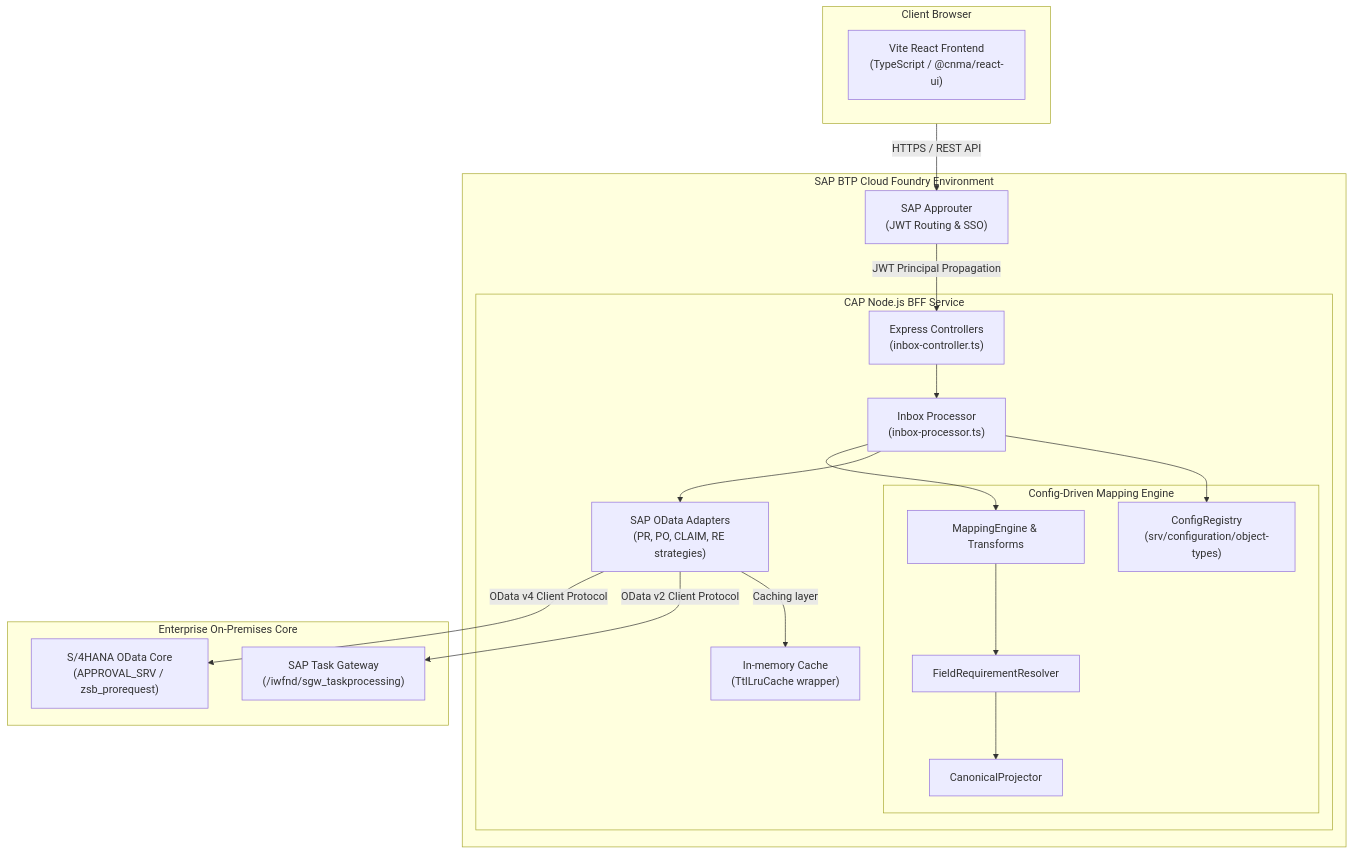
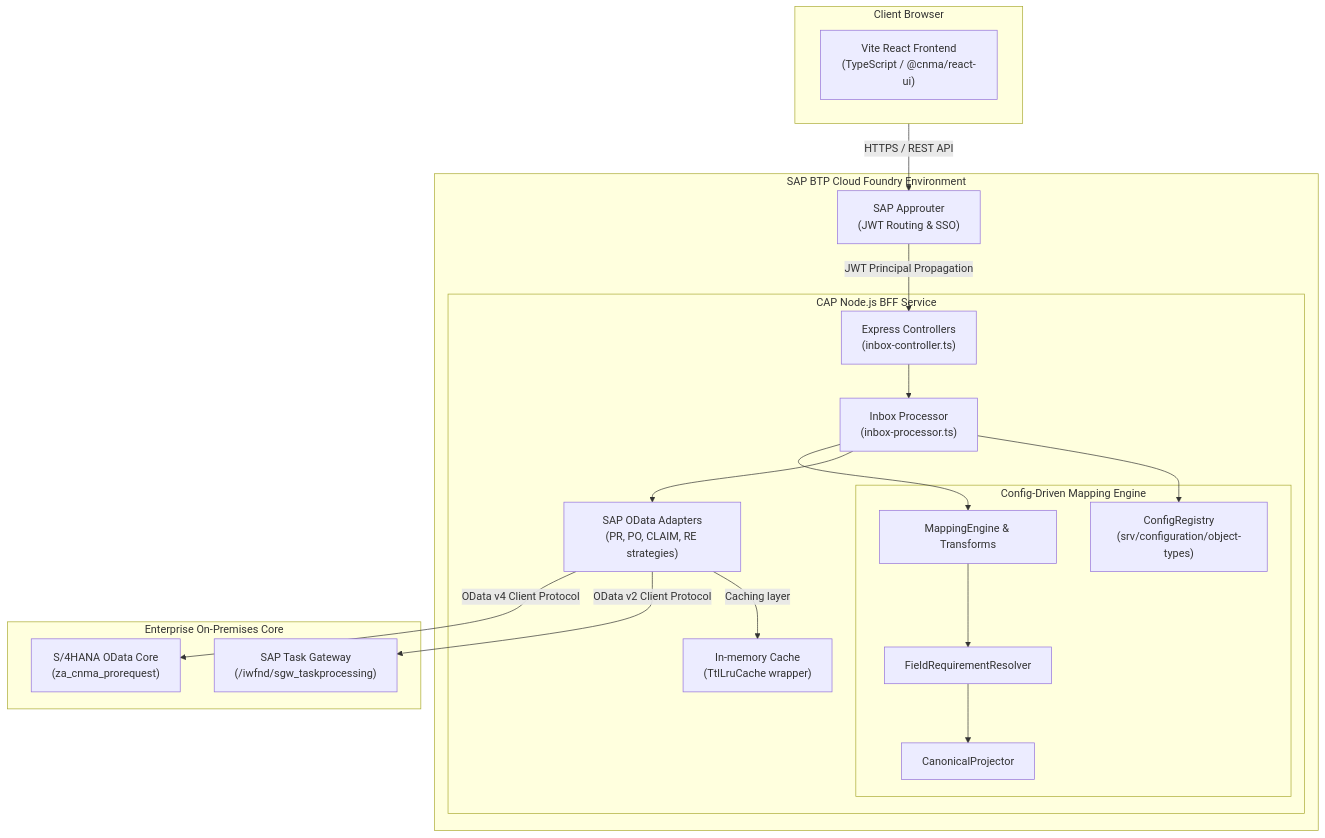
The first of 2 diagrams in docs/technical/01-architecture/01-overview.md (mindinh/approval-app), drawn with Mermaid before and after one commit. The commit also changed 9 other files, not shown here.

````diff
--- a/docs/technical/01-architecture/01-overview.md
+++ b/docs/technical/01-architecture/01-overview.md
@@ -13,42 +13,42 @@
 ```mermaid
 graph TD
     subgraph ClientSide [Client Browser]
         ReactUI["Vite React Frontend<br/>(TypeScript / @cnma/react-ui)"]
     end
 
     subgraph SAPBTP [SAP BTP Cloud Foundry Environment]
         AppRouter["SAP Approuter<br/>(JWT Routing & SSO)"]
         
         subgraph BFFService [CAP Node.js BFF Service]
             Express["Express Controllers<br/>(inbox-controller.ts)"]
             Proc["Inbox Processor<br/>(inbox-processor.ts)"]
             
             subgraph MappingEngine [Config-Driven Mapping Engine]
                 Reg["ConfigRegistry<br/>(srv/configuration/object-types)"]
                 Engine["MappingEngine & Transforms"]
                 Resolver["FieldRequirementResolver"]
                 Projector["CanonicalProjector"]
             end
             
             Adapters["SAP OData Adapters<br/>(PR, PO, CLAIM, RE strategies)"]
             Cache["In-memory Cache<br/>(TtlLruCache wrapper)"]
         end
     end
 
     subgraph SAPCore [Enterprise On-Premises Core]
         TaskGW["SAP Task Gateway<br/>(/iwfnd/sgw_taskprocessing)"]
-        S4Core["S/4HANA OData Core<br/>(APPROVAL_SRV / zsb_prorequest)"]
+        S4Core["S/4HANA OData Core<br/>(za_cnma_prorequest)"]
     end
 
     ClientSide -->|HTTPS / REST API| AppRouter
     AppRouter -->|JWT Principal Propagation| Express
     Express --> Proc
     Proc --> Reg
     Proc --> Adapters
     Adapters -->|Caching layer| Cache
     Adapters -->|OData v2 Client Protocol| TaskGW
     Adapters -->|OData v4 Client Protocol| S4Core
     Proc --> Engine
     Engine --> Resolver
     Resolver --> Projector
 ```
````
